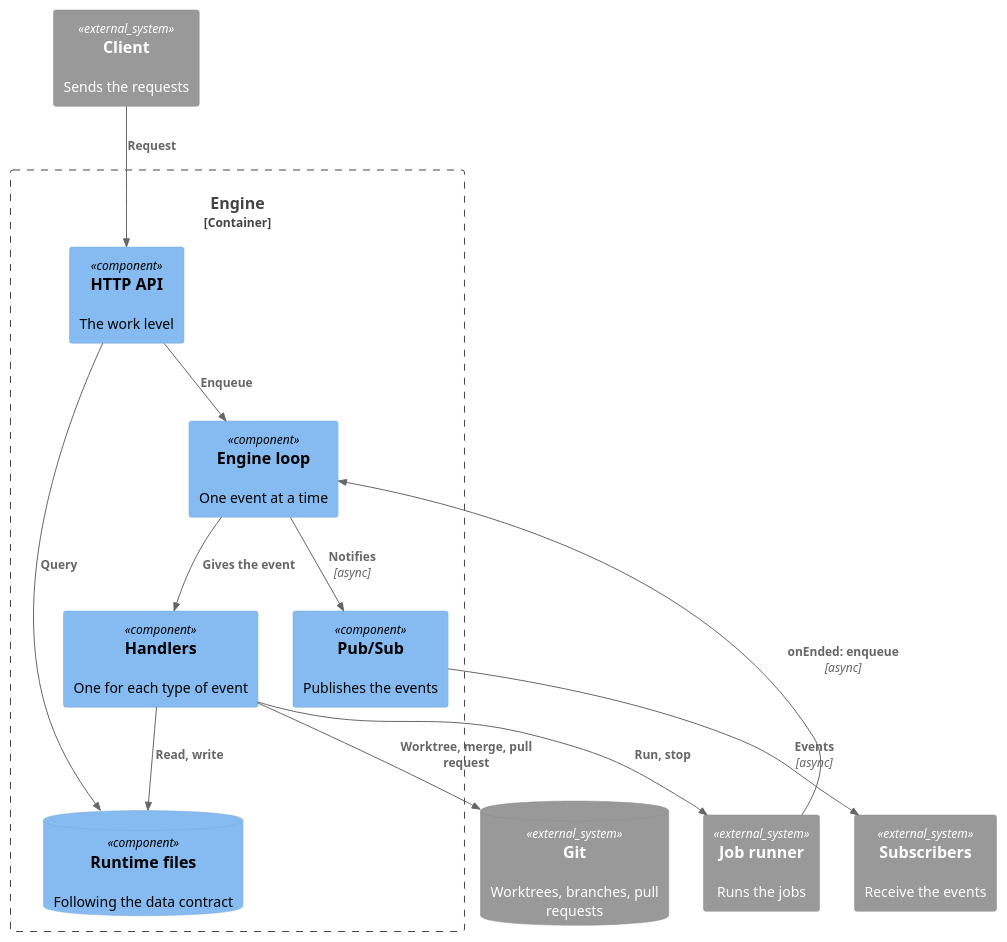
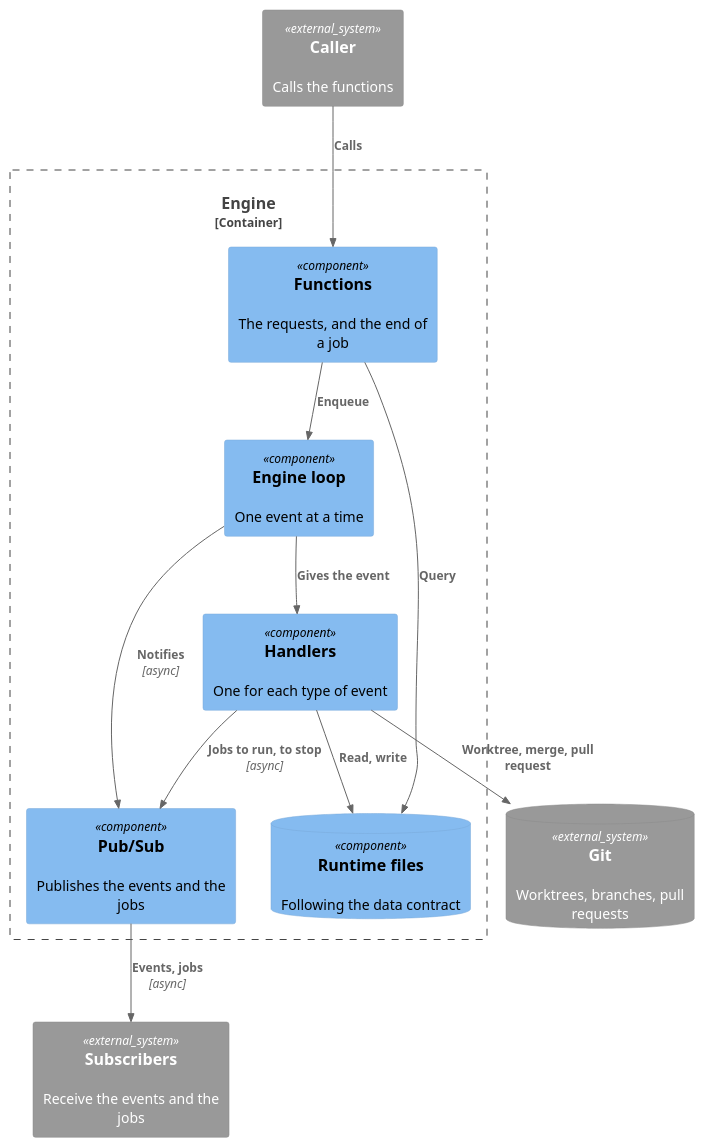
Before and after one commit to longlh/superteam: the diagram in docs/05_building-blocks/engine/engine.md, drawn with PlantUML. The commit also changed other lines of this file and 30 other files, not shown here.

````diff
--- a/docs/05_building-blocks/engine/engine.md
+++ b/docs/05_building-blocks/engine/engine.md
@@ -43,29 +49,27 @@
 ```plantuml
 @startuml
 !include <C4/C4_Component>
 
-System_Ext(client, "Client", "Sends the requests")
-System_Ext(subscribers, "Subscribers", "Receive the events")
-System_Ext(runner, "Job runner", "Runs the jobs")
+System_Ext(caller, "Caller", "Calls the functions")
+System_Ext(subscribers, "Subscribers", "Receive the events and the jobs")
 SystemDb_Ext(git, "Git", "Worktrees, branches, pull requests")
 
 Container_Boundary(engine, "Engine") {
-  Component(api, "HTTP API", "", "The work level")
+  Component(functions, "Functions", "", "The requests, and the end of a job")
   Component(loop, "Engine loop", "", "One event at a time")
   Component(handlers, "Handlers", "", "One for each type of event")
-  Component(pubsub, "Pub/Sub", "", "Publishes the events")
+  Component(pubsub, "Pub/Sub", "", "Publishes the events and the jobs")
   ComponentDb(runtime, "Runtime files", "", "Following the data contract")
 }
 
-Rel(client, api, "Request")
-Rel(api, loop, "Enqueue")
-Rel(api, runtime, "Query")
+Rel(caller, functions, "Calls")
+Rel(functions, loop, "Enqueue")
+Rel(functions, runtime, "Query")
 Rel(loop, handlers, "Gives the event")
 Rel(loop, pubsub, "Notifies", "async")
-Rel(pubsub, subscribers, "Events", "async")
+Rel(handlers, pubsub, "Jobs to run, to stop", "async")
+Rel(pubsub, subscribers, "Events, jobs", "async")
 Rel(handlers, runtime, "Read, write")
 Rel(handlers, git, "Worktree, merge, pull request")
-Rel(handlers, runner, "Run, stop")
-Rel(runner, loop, "onEnded: enqueue", "async")
 @enduml
 ```
````
